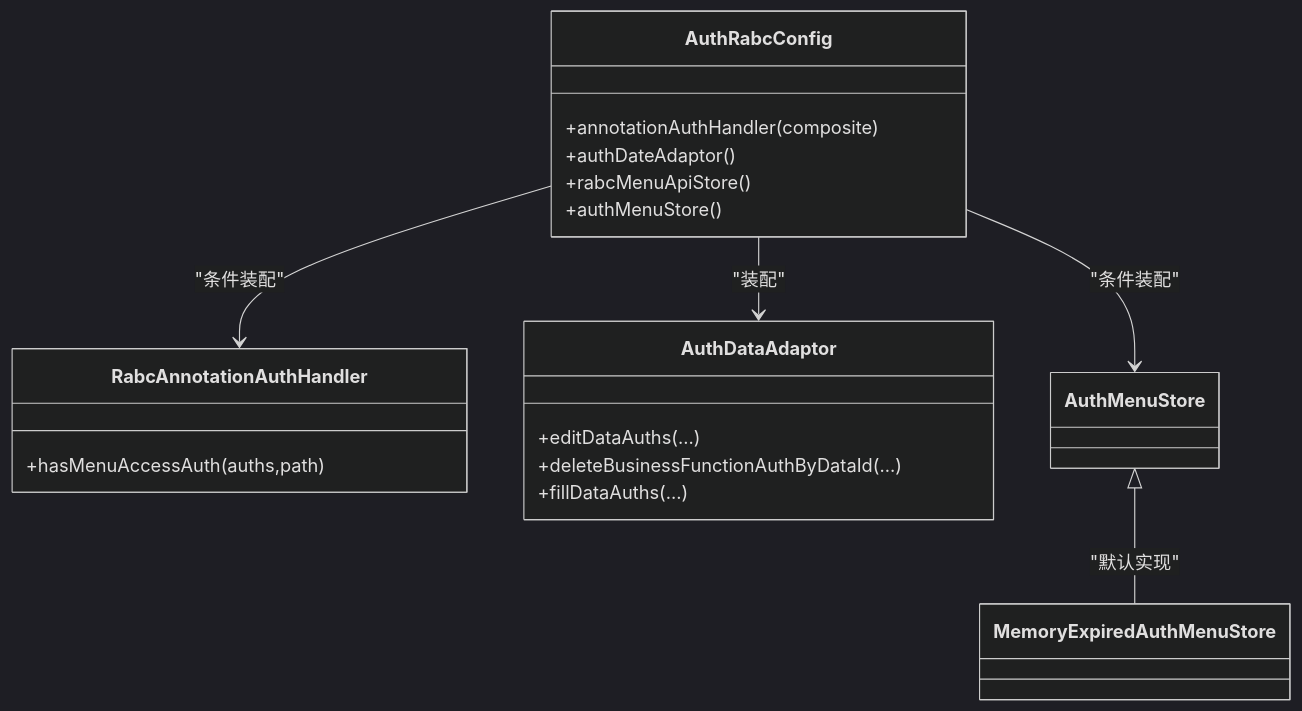
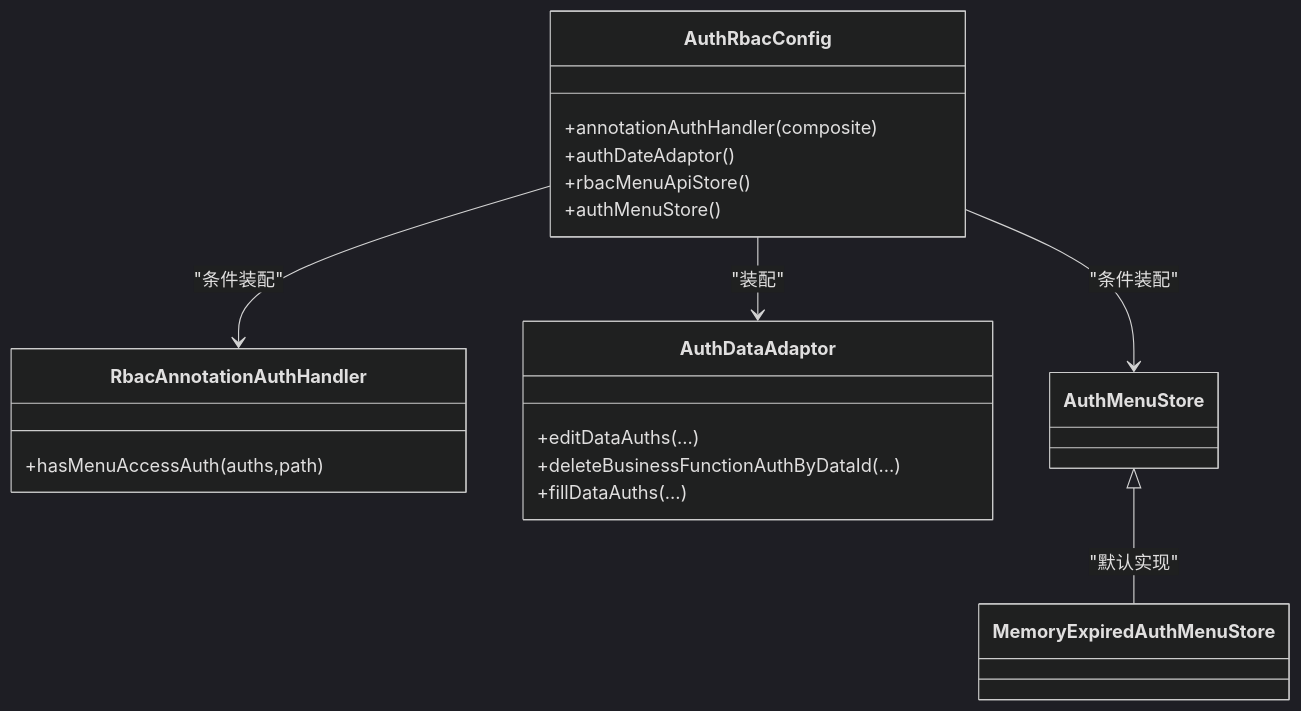
Before and after one commit to LiukewenSC/kewen-framework: the fourth of 6 diagrams in .qoder/repowiki/zh/content/权限系统 (qy-auth)/权限启动器 (auth-starters).md, drawn with Mermaid (dark theme). The commit also changed other lines of this file and 764 other files, not shown here.

````diff
--- a/.qoder/repowiki/zh/content/权限系统 (qy-auth)/权限启动器 (auth-starters).md
+++ b/.qoder/repowiki/zh/content/权限系统 (qy-auth)/权限启动器 (auth-starters).md
@@ -180,23 +180,23 @@
 ```mermaid
 classDiagram
-class AuthRabcConfig {
+class AuthRbacConfig {
 +annotationAuthHandler(composite)
 +authDateAdaptor()
-+rabcMenuApiStore()
++rbacMenuApiStore()
 +authMenuStore()
 }
-class RabcAnnotationAuthHandler {
+class RbacAnnotationAuthHandler {
 +hasMenuAccessAuth(auths,path)
 }
 class AuthDataAdaptor {
 +editDataAuths(...)
 +deleteBusinessFunctionAuthByDataId(...)
 +fillDataAuths(...)
 }
 class AuthMenuStore
 class MemoryExpiredAuthMenuStore
-AuthRabcConfig --> RabcAnnotationAuthHandler : "条件装配"
-AuthRabcConfig --> AuthDataAdaptor : "装配"
-AuthRabcConfig --> AuthMenuStore : "条件装配"
+AuthRbacConfig --> RbacAnnotationAuthHandler : "条件装配"
+AuthRbacConfig --> AuthDataAdaptor : "装配"
+AuthRbacConfig --> AuthMenuStore : "条件装配"
 AuthMenuStore <|-- MemoryExpiredAuthMenuStore : "默认实现"
 ```
````
